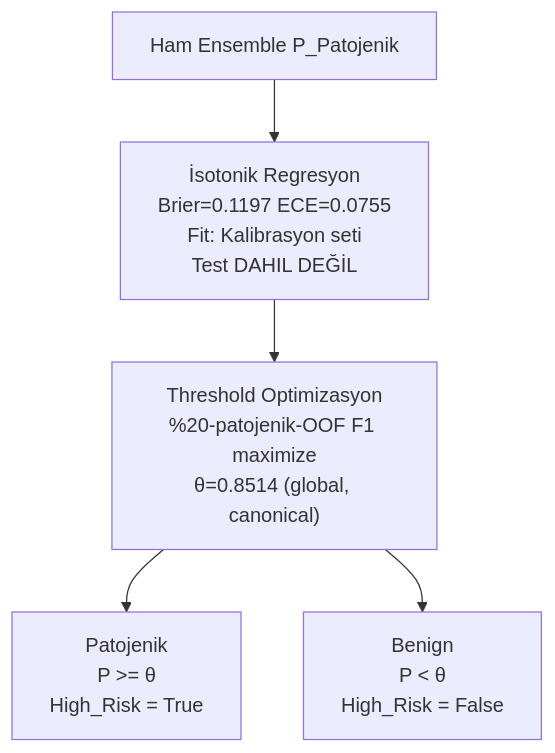
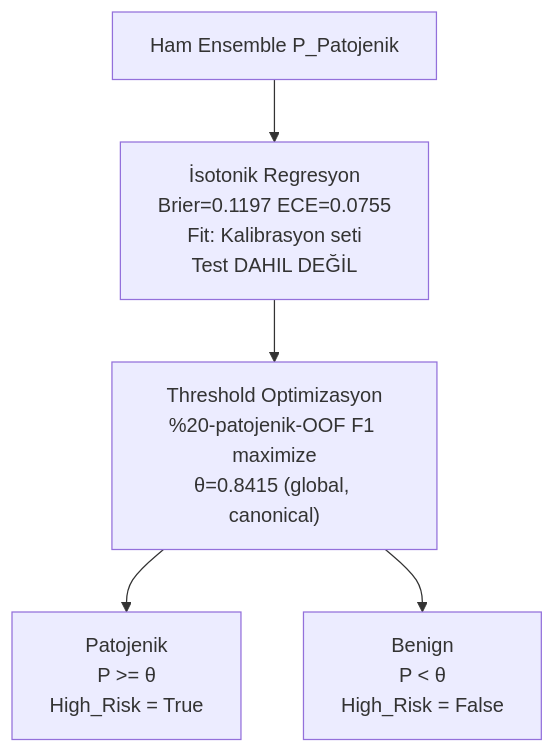
One commit to msgxr/VARIANT-GNN changed diagram 15 of 17 in README.md. Above: the diagram before and after it, drawn with Mermaid. The commit also changed other lines of this file and 32 other files, not shown here.

````diff
--- a/README.md
+++ b/README.md
@@ -977,12 +977,12 @@
 ```mermaid
 flowchart TD
     R["Ham Ensemble P_Patojenik"]
     ISO["İsotonik Regresyon\nBrier=0.1197  ECE=0.0755\nFit: Kalibrasyon seti\nTest DAHIL DEĞİL"]
-    TH["Threshold Optimizasyon\n%20-patojenik-OOF F1 maximize\nθ=0.8514 (global, canonical)"]
+    TH["Threshold Optimizasyon\n%20-patojenik-OOF F1 maximize\nθ=0.8415 (global, canonical)"]
     PAT["Patojenik\nP >= θ\nHigh_Risk = True"]
     BEN["Benign\nP < θ\nHigh_Risk = False"]
 
     R --> ISO --> TH
     TH --> PAT
     TH --> BEN
 ```
````
